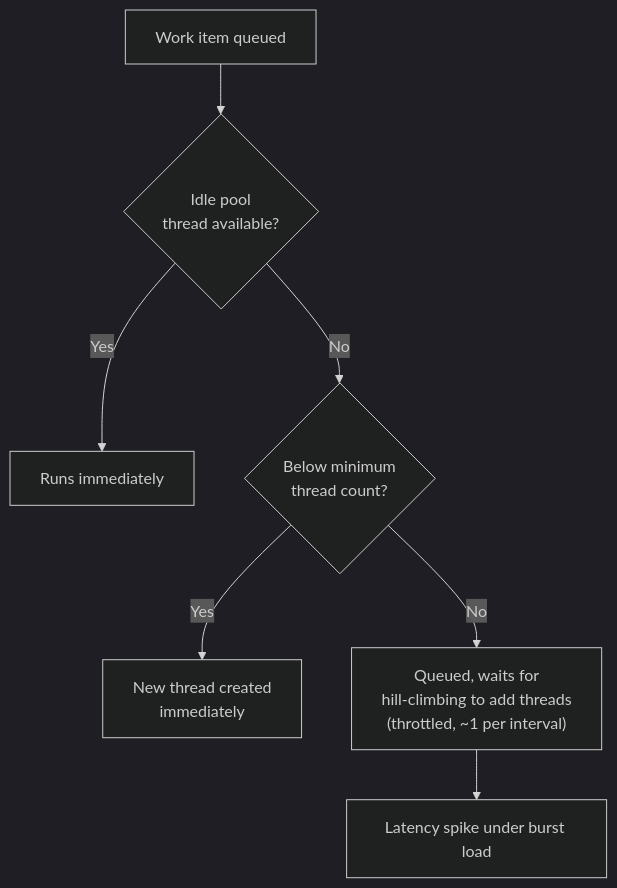
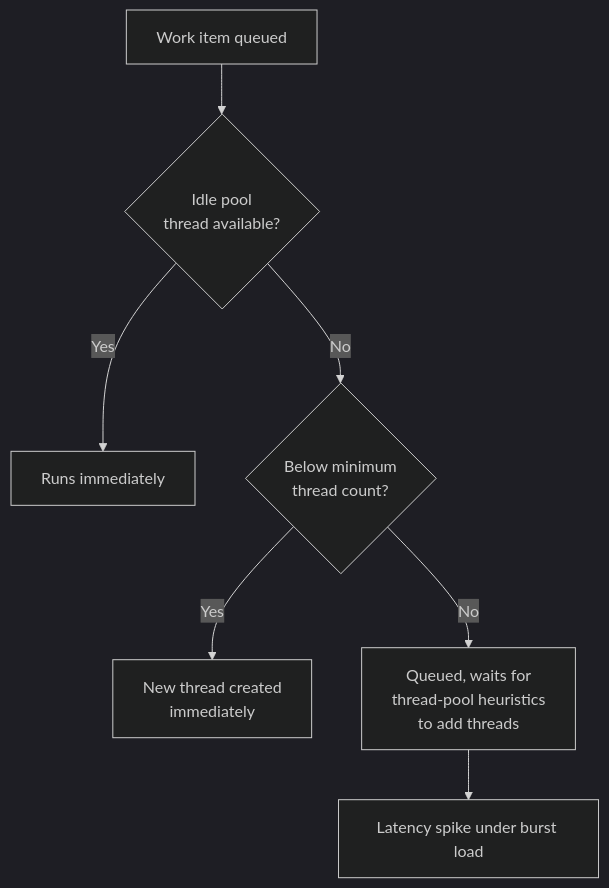
The diagram in src/content/csharp-dotnet/03-async-and-concurrency/03-threads-tasks-and-the-threadpool.md (ft-abhishekgupta/interview-prep-suite), drawn with Mermaid (dark theme) before and after one commit. The commit also changed other lines of this file and 307 other files, not shown here.

````diff
--- a/src/content/csharp-dotnet/03-async-and-concurrency/03-threads-tasks-and-the-threadpool.md
+++ b/src/content/csharp-dotnet/03-async-and-concurrency/03-threads-tasks-and-the-threadpool.md
@@ -44,9 +44,9 @@
 ```mermaid
 flowchart TD
     A["Work item queued"] --> B{"Idle pool<br/>thread available?"}
     B -->|Yes| C["Runs immediately"]
     B -->|No| D{"Below minimum<br/>thread count?"}
     D -->|Yes| E["New thread created<br/>immediately"]
-    D -->|No| F["Queued, waits for<br/>hill-climbing to add threads<br/>(throttled, ~1 per interval)"]
+    D -->|No| F["Queued, waits for<br/>thread-pool heuristics<br/>to add threads"]
     F --> G["Latency spike under burst load"]
 ```
````
